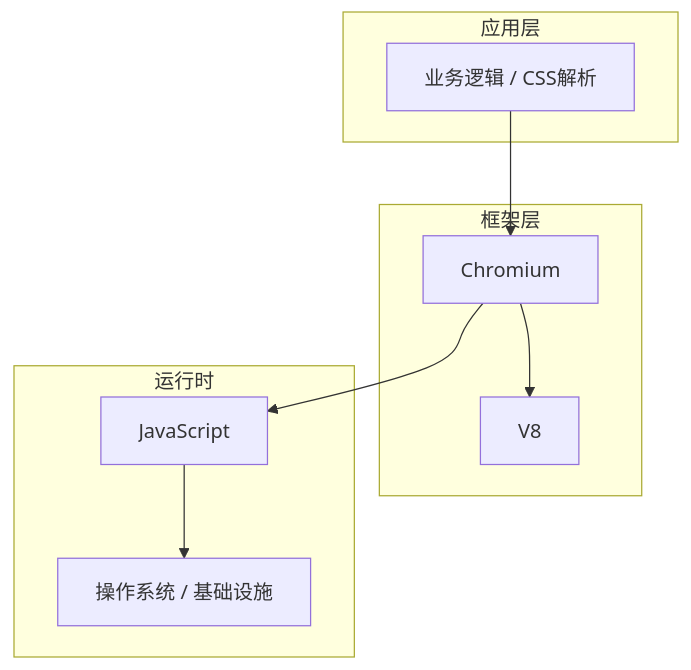
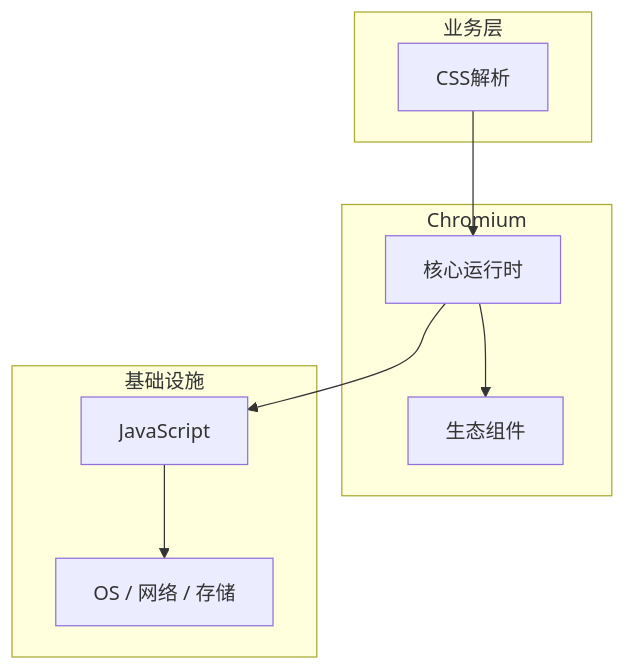
The diagram in articles/浏览器原理/chapters/019-CSS解析核心概念与原理.md (yanggan2015/knowledge-json-v2), drawn with Mermaid before and after one commit. The commit also changed other lines of this file and 10127 other files, not shown here.

````diff
--- a/articles/浏览器原理/chapters/019-CSS解析核心概念与原理.md
+++ b/articles/浏览器原理/chapters/019-CSS解析核心概念与原理.md
@@ -45,18 +34,18 @@
 ```mermaid
 graph TB
-    subgraph 应用层
-        A[业务逻辑 / CSS解析]
+    subgraph 业务层
+        A[CSS解析]
     end
-    subgraph 框架层
-        B[Chromium]
-        C[V8]
+    subgraph Chromium
+        B[核心运行时]
+        C[生态组件]
     end
-    subgraph 运行时
+    subgraph 基础设施
         D[JavaScript]
-        E[操作系统 / 基础设施]
+        E[OS / 网络 / 存储]
     end
     A --> B
     B --> C
     B --> D
     D --> E
 ```
````
